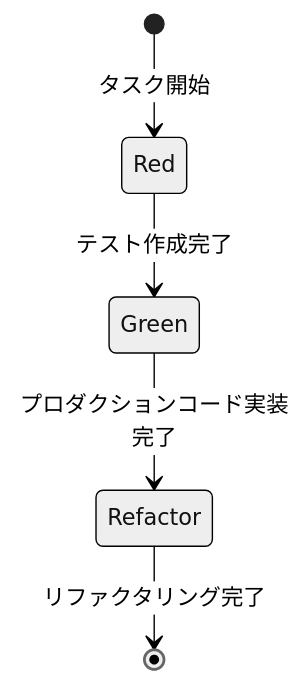
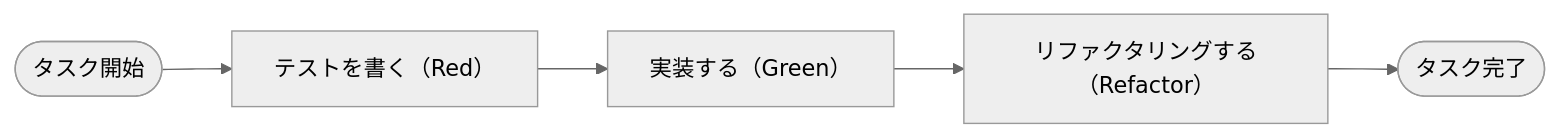
One commit to kuchita-el/claude-shared-skills changed the fourth of 8 diagrams in docs/development/event-storming.md. Above: the diagram before and after it, drawn with Mermaid (neutral theme). The commit also changed other lines of this file, not shown here.

Commit message:
docs(event-storming): タスクサイクル図を flowchart 化し作業プロセス図の規約スコープを明示 (#202)
TDD の Red/Green/Refactor は行為フェーズであり状態ではないため、stateDiagram-v2 から flowchart へ変更。ノードを工程（行為）名へ整理し、フェーズ名は括弧補足に留めた。集約節冒頭規約に「本規約は集約のライフサイクル状態遷移図に適用、作業プロセス図は対象外」のスコープ注記を追加。

````diff
--- a/docs/development/event-storming.md
+++ b/docs/development/event-storming.md
@@ -222,7 +226,7 @@
 ```mermaid
-stateDiagram-v2
-    [*] --> Red: タスク開始
-    Red --> Green: テスト作成完了
-    Green --> Refactor: プロダクションコード実装完了
-    Refactor --> [*]: リファクタリング完了
+flowchart LR
+    Start([タスク開始]) --> Test[テストを書く（Red）]
+    Test --> Impl[実装する（Green）]
+    Impl --> Refactor[リファクタリングする（Refactor）]
+    Refactor --> Done([タスク完了])
 ```
````
